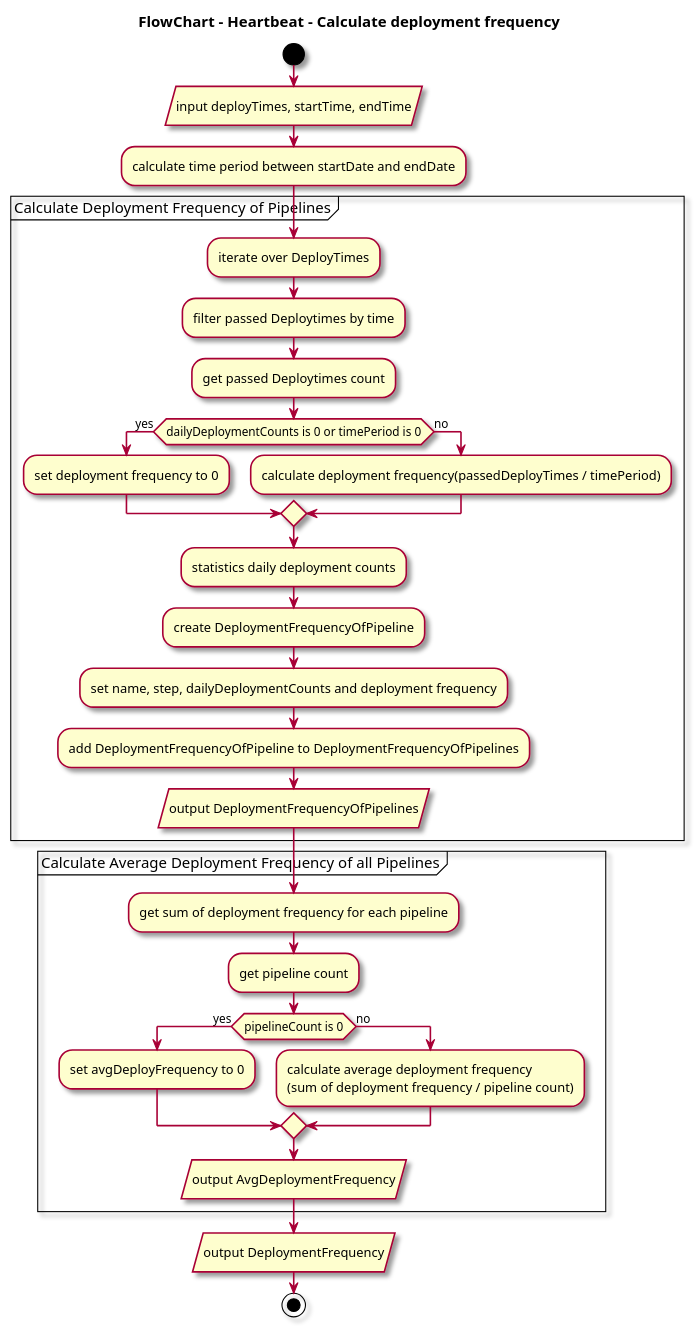
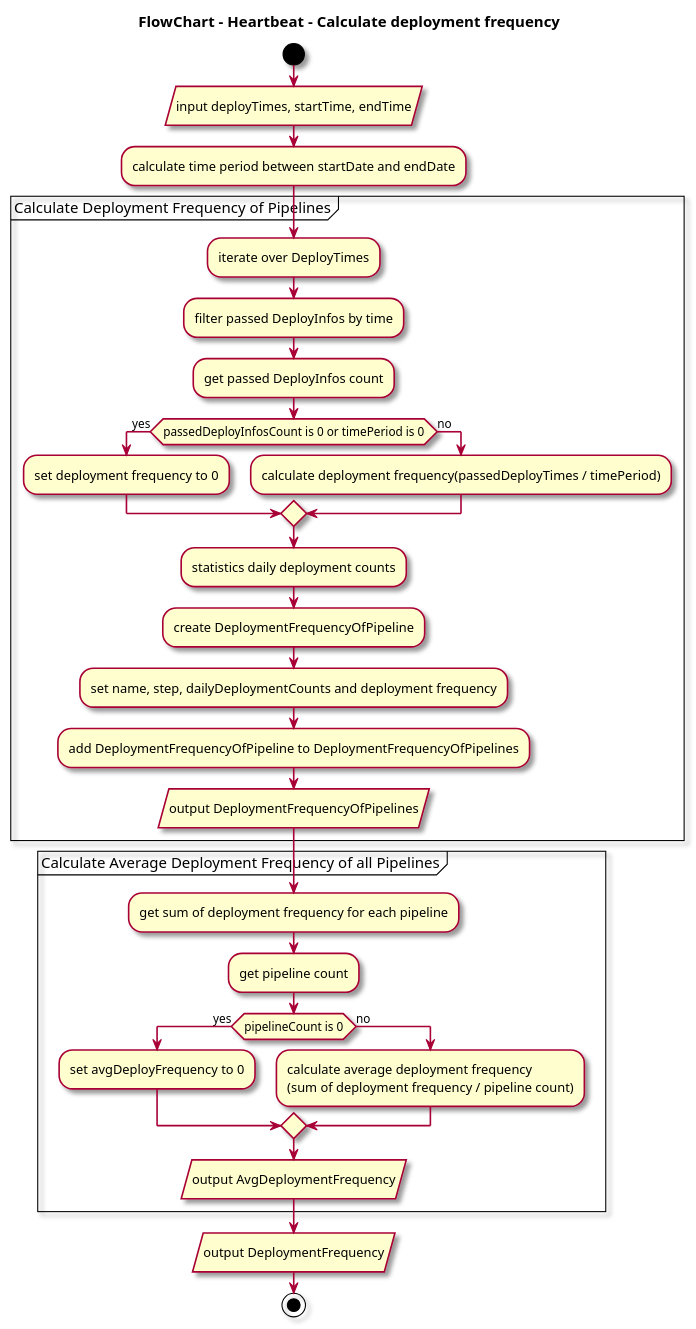
Before and after one commit to au-heartbeat/Heartbeat: the diagram in docs/src/pages/en/dev-center/report-calculation-diagrams.md, drawn with PlantUML. The commit also changed 1 other file, not shown here.

Commit message:
ADM-443 modify inappropriate naming and update flow diagram

````diff
--- a/docs/src/pages/en/dev-center/report-calculation-diagrams.md
+++ b/docs/src/pages/en/dev-center/report-calculation-diagrams.md
@@ -9,37 +9,37 @@
 ```plantuml
 @startuml deployment frequency
 skin rose
 title FlowChart - Heartbeat - Calculate deployment frequency
 start
 :input deployTimes, startTime, endTime/
 :calculate time period between startDate and endDate;
 partition "Calculate Deployment Frequency of Pipelines" {
   :iterate over DeployTimes;
-    :filter passed Deploytimes by time;
-    :get passed Deploytimes count;
-    if (dailyDeploymentCounts is 0 or timePeriod is 0) then (yes)
+    :filter passed DeployInfos by time;
+    :get passed DeployInfos count;
+    if (passedDeployInfosCount is 0 or timePeriod is 0) then (yes)
       :set deployment frequency to 0;
     else (no)
       :calculate deployment frequency(passedDeployTimes / timePeriod);
     endif
     :statistics daily deployment counts;
     :create DeploymentFrequencyOfPipeline;
     :set name, step, dailyDeploymentCounts and deployment frequency;
     :add DeploymentFrequencyOfPipeline to DeploymentFrequencyOfPipelines;
   :output DeploymentFrequencyOfPipelines/
 }
 partition "Calculate Average Deployment Frequency of all Pipelines" {
   :get sum of deployment frequency for each pipeline;
   :get pipeline count;
   if (pipelineCount is 0) then (yes)
     :set avgDeployFrequency to 0;
   else (no)
     :calculate average deployment frequency
     (sum of deployment frequency / pipeline count);
   endif
   :output AvgDeploymentFrequency/
 }
 :output DeploymentFrequency/
 stop
 @enduml
 ```
````
